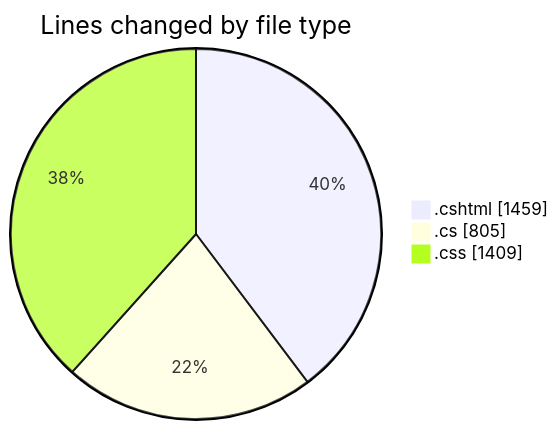
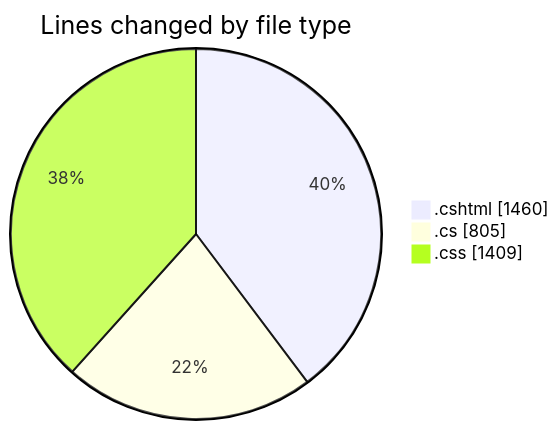
The first of 2 diagrams in 2025-07-18/nhahang/README.md (lephambinh05/code-tracking), drawn with Mermaid before and after one commit. The commit also changed other lines of this file and 1 other file, not shown here.

````diff
--- a/2025-07-18/nhahang/README.md
+++ b/2025-07-18/nhahang/README.md
@@ -45,7 +45,7 @@
 ```mermaid
 pie showData
 title Lines changed by file type
-".cshtml" : 1459
+".cshtml" : 1460
 ".cs" : 805
 ".css" : 1409
 ```
````
